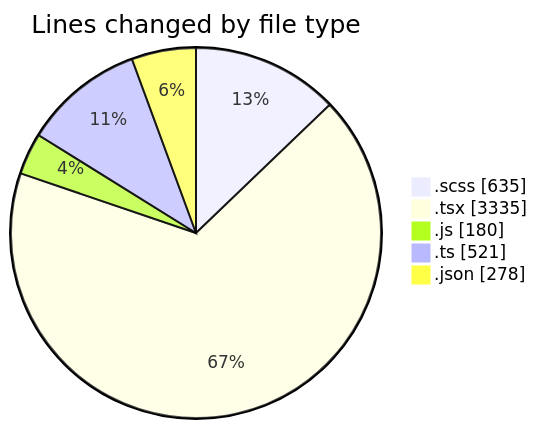
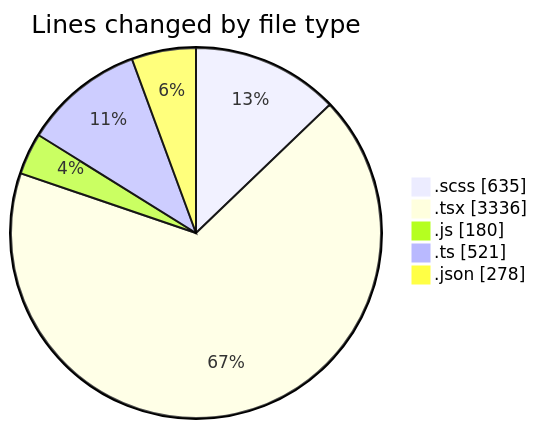
Before and after one commit to momahboobian/code-tracking: the first of 2 diagrams in 2026-08-10/cda/README.md, drawn with Mermaid. The commit also changed other lines of this file and 1 other file, not shown here.

````diff
--- a/2026-08-10/cda/README.md
+++ b/2026-08-10/cda/README.md
@@ -32,9 +32,9 @@
 ```mermaid
 pie showData
 title Lines changed by file type
 ".scss" : 635
-".tsx" : 3335
+".tsx" : 3336
 ".js" : 180
 ".ts" : 521
 ".json" : 278
 ```
````
